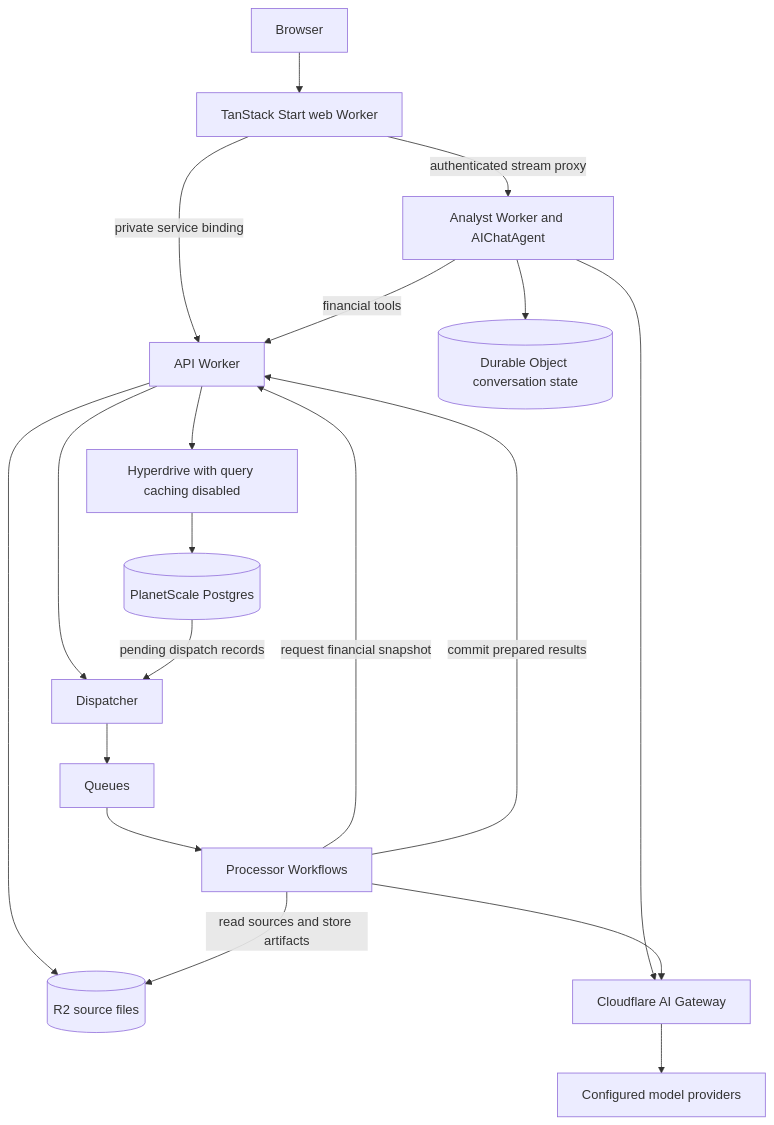
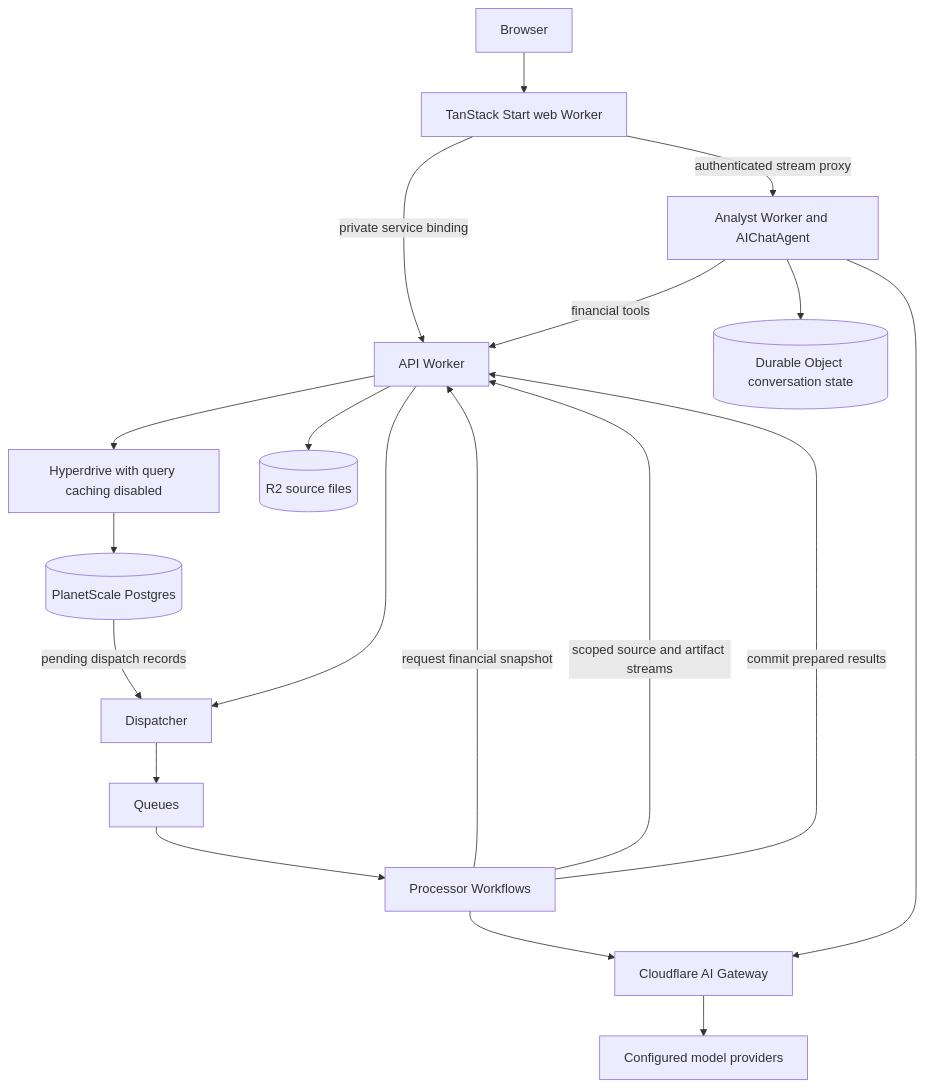
Before and after one commit to AdiRishi/ironcage: the diagram in docs/technical/architecture.mdx, drawn with Mermaid. The commit also changed other lines of this file and 9 other files, not shown here.

````diff
--- a/docs/technical/architecture.mdx
+++ b/docs/technical/architecture.mdx
@@ -14,21 +14,21 @@
 ```mermaid
 flowchart TD
     User[Browser] --> Web[TanStack Start web Worker]
     Web -->|private service binding| API[API Worker]
     Web -->|authenticated stream proxy| Analyst[Analyst Worker and AIChatAgent]
     API --> Hyperdrive[Hyperdrive with query caching disabled]
     Hyperdrive --> DB[(PlanetScale Postgres)]
     API --> Sources[(R2 source files)]
     API --> Dispatcher[Dispatcher]
     DB -->|pending dispatch records| Dispatcher
     Dispatcher --> Dispatch[Queues]
     Dispatch --> Jobs[Processor Workflows]
     Jobs -->|request financial snapshot| API
-    Jobs -->|read sources and store artifacts| Sources
+    Jobs -->|scoped source and artifact streams| API
     Jobs -->|commit prepared results| API
     Analyst -->|financial tools| API
     Analyst --> Conversations[(Durable Object conversation state)]
     Analyst --> Gateway[Cloudflare AI Gateway]
     Jobs --> Gateway
     Gateway --> Models[Configured model providers]
 ```
````
